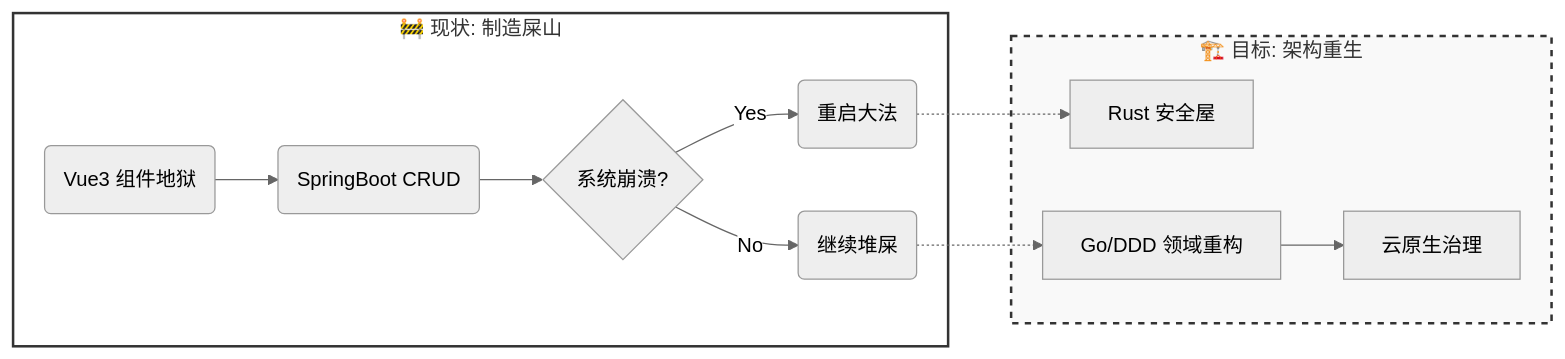
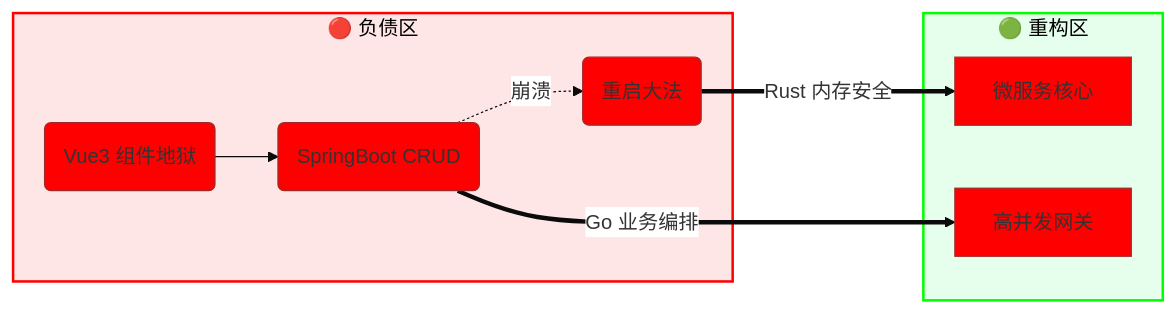
One commit to GuLuGuLu3399/GuLuGuLu3399 changed the diagram in README.md. Above: the diagram before and after it, drawn with Mermaid. The commit also changed other lines of this file, not shown here.

````diff
--- a/README.md
+++ b/README.md
@@ -84,20 +77,17 @@
 ```mermaid
-%%{init: {'theme': 'neutral', 'themeVariables': { 'fontFamily': 'Fira Code' }}}%%
+%%{init: {'theme': 'base', 'themeVariables': { 'primaryColor': '#ff0000', 'edgeLabelBackground':'#fff', 'tertiaryColor': '#fff'}}}%%
 graph LR
-    subgraph Legacy[🚧 现状: 制造屎山]
+    subgraph LEGACY [🔴 负债区 ]
         A(Vue3 组件地狱) --> B(SpringBoot CRUD)
-        B --> C{系统崩溃?}
-        C -->|Yes| D(重启大法)
-        C -->|No| E(继续堆屎)
+        B -.->|崩溃| C(重启大法)
     end
 
-    subgraph Future[🏗️ 目标: 架构重生]
-        D -.-> F[Rust 安全屋]
-        E -.-> G[Go/DDD 领域重构]
-        G --> H[云原生治理]
+    subgraph FUTURE [🟢 重构区 ]
+        C ==>|Rust 内存安全| D[微服务核心]
+        B ==>|Go 业务编排| E[高并发网关]
     end
 
-    style Legacy fill:#fff,stroke:#333,stroke-width:2px
-    style Future fill:#f9f9f9,stroke:#333,stroke-width:2px,stroke-dasharray: 5 5
+    style LEGACY fill:#ffe6e6,stroke:#ff0000,stroke-width:2px
+    style FUTURE fill:#e6ffec,stroke:#00ff00,stroke-width:2px
 
 ```
````
